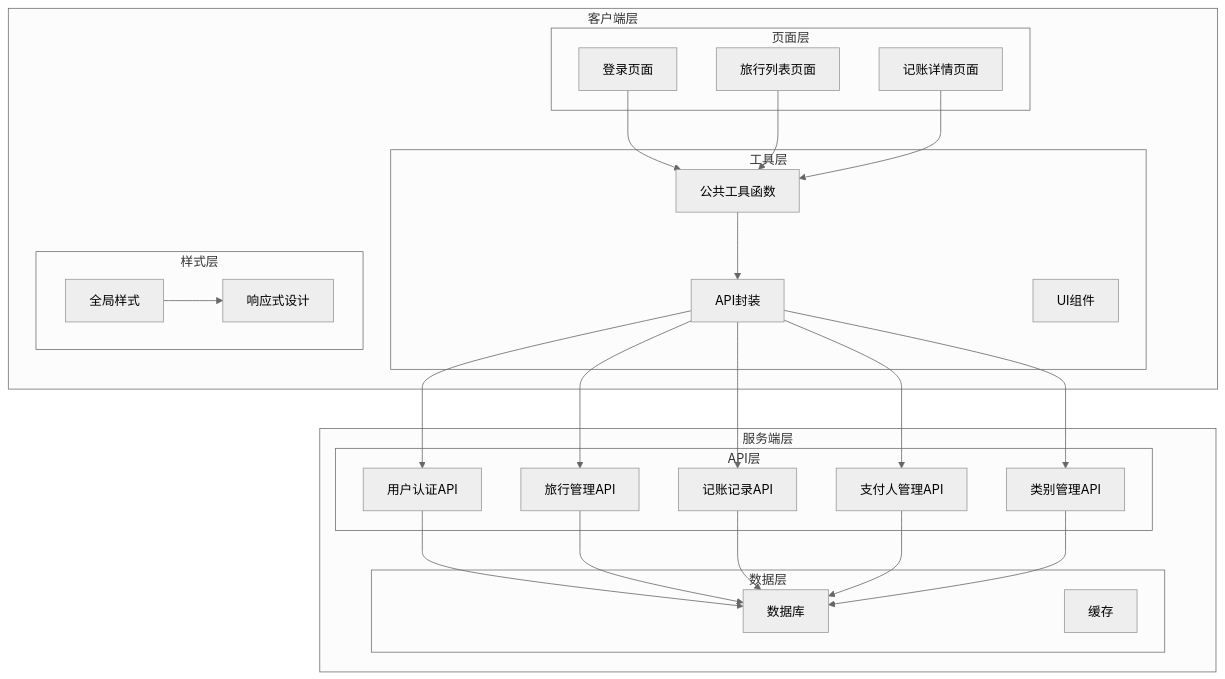
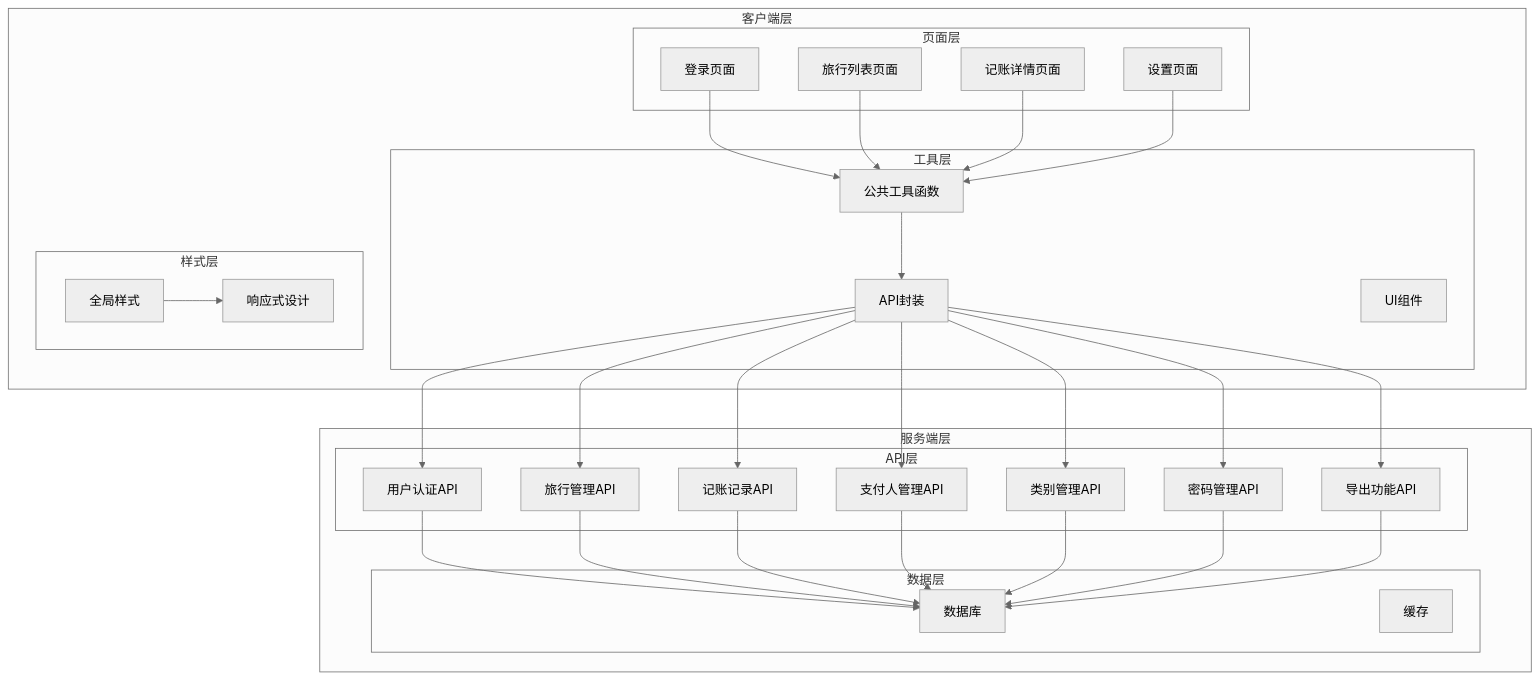
The fourth of 17 diagrams in .qoder/repowiki/zh/content/前端页面详解/前端页面详解.md (louyinmin/recorded), drawn with Mermaid (neutral theme) before and after one commit. The commit also changed other lines of this file and 6 other files, not shown here.

````diff
--- a/.qoder/repowiki/zh/content/前端页面详解/前端页面详解.md
+++ b/.qoder/repowiki/zh/content/前端页面详解/前端页面详解.md
@@ -149,47 +169,55 @@
 ```mermaid
 graph TB
 subgraph "客户端层"
 subgraph "页面层"
 A[登录页面]
 B[旅行列表页面]
 C[记账详情页面]
+D[设置页面]
 end
 subgraph "工具层"
-D[公共工具函数]
-E[API封装]
-F[UI组件]
+E[公共工具函数]
+F[API封装]
+G[UI组件]
 end
 subgraph "样式层"
-G[全局样式]
-H[响应式设计]
+H[全局样式]
+I[响应式设计]
 end
 end
 subgraph "服务端层"
 subgraph "API层"
-I[用户认证API]
-J[旅行管理API]
-K[记账记录API]
-L[支付人管理API]
-M[类别管理API]
+J[用户认证API]
+K[旅行管理API]
+L[记账记录API]
+M[支付人管理API]
+N[类别管理API]
+O[密码管理API]
+P[导出功能API]
 end
 subgraph "数据层"
-N[数据库]
-O[缓存]
+Q[数据库]
+R[缓存]
 end
 end
-A --> D
-B --> D
-C --> D
+A --> E
+B --> E
+C --> E
 D --> E
-E --> I
-E --> J
-E --> K
-E --> L
-E --> M
-I --> N
-J --> N
-K --> N
-L --> N
-M --> N
-G --> H
+E --> F
+F --> J
+F --> K
+F --> L
+F --> M
+F --> N
+F --> O
+F --> P
+J --> Q
+K --> Q
+L --> Q
+M --> Q
+N --> Q
+O --> Q
+P --> Q
+H --> I
 ```
````
